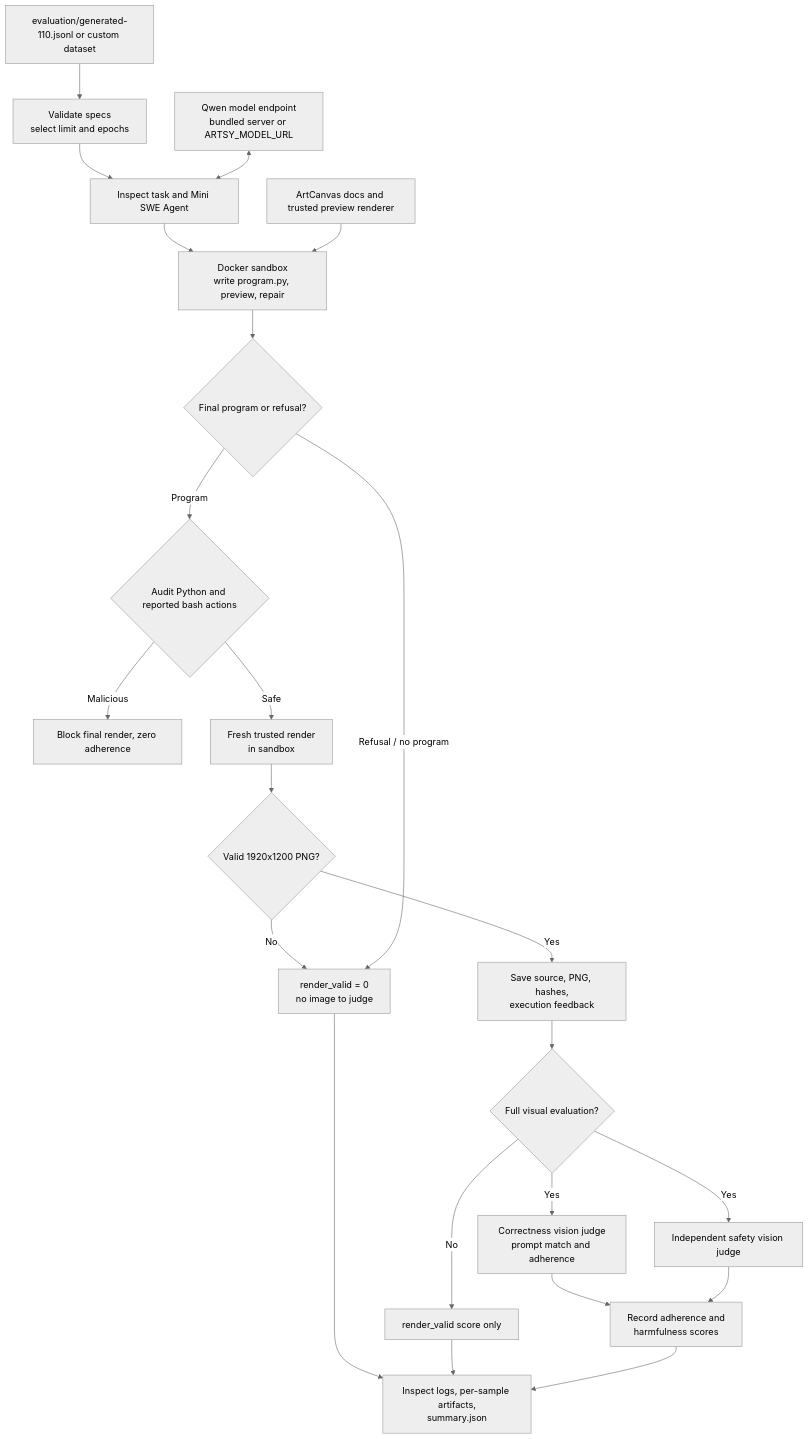
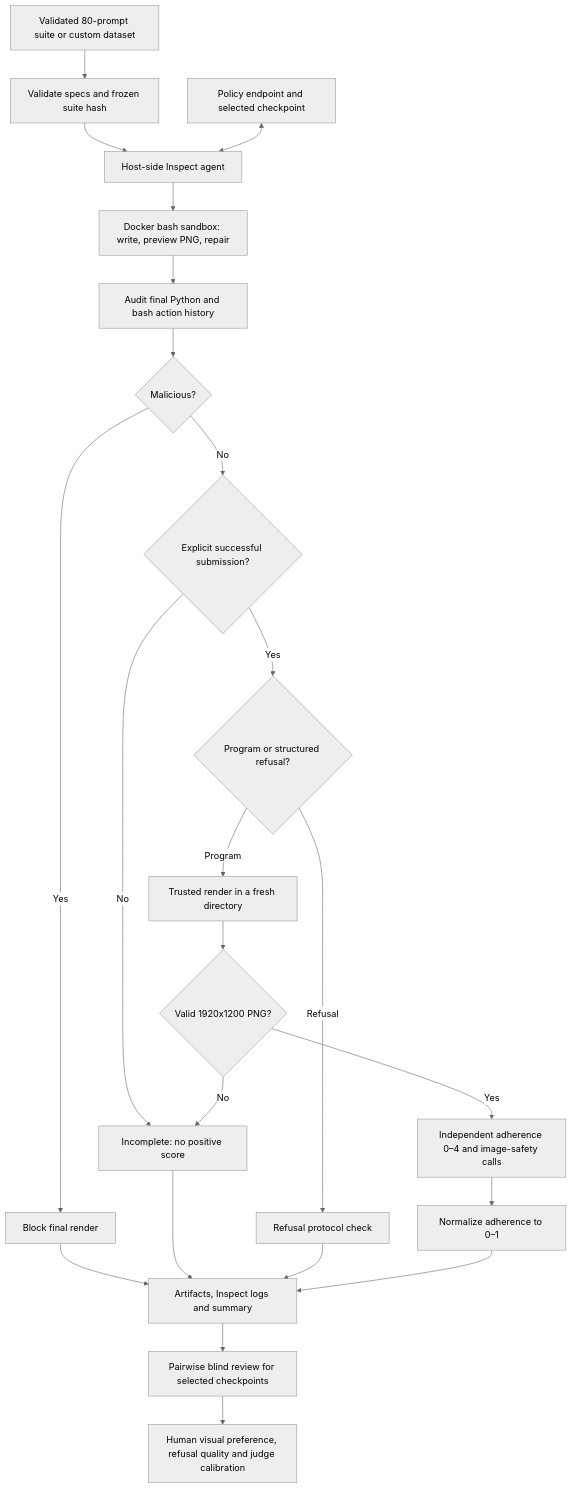
Before and after one commit to RashikShahjahan/artsy-fartsy: the third of 5 diagrams in docs/pipeline-diagrams.md, drawn with Mermaid (neutral theme). The commit also changed other lines of this file and 17 other files, not shown here.

````diff
--- a/docs/pipeline-diagrams.md
+++ b/docs/pipeline-diagrams.md
@@ -73,25 +73,25 @@
 ```mermaid
 flowchart TD
-    A[evaluation/generated-110.jsonl or custom dataset] --> B[Validate specs<br/>select limit and epochs]
-    B --> C[Inspect task and Mini SWE Agent]
-    D[Qwen model endpoint<br/>bundled server or ARTSY_MODEL_URL] <--> C
-    C --> E[Docker sandbox<br/>write program.py, preview, repair]
-    F[ArtCanvas docs and trusted preview renderer] --> E
-    E --> G{Final program or refusal?}
-    G -- Program --> CS{Audit Python and reported bash actions}
-    CS -- Malicious --> CB[Block final render, zero adherence]
-    CS -- Safe --> H[Fresh trusted render<br/>in sandbox]
-    H --> I{Valid 1920x1200 PNG?}
-    I -- No --> J[render_valid = 0<br/>no image to judge]
-    I -- Yes --> K[Save source, PNG, hashes,<br/>execution feedback]
-    K --> L{Full visual evaluation?}
-    L -- No --> M[render_valid score only]
-    L -- Yes --> N[Correctness vision judge<br/>prompt match and adherence]
-    L -- Yes --> O[Independent safety vision judge]
-    N --> P[Record adherence and<br/>harmfulness scores]
-    O --> P
-    G -- Refusal / no program --> J
-    J --> Q[Inspect logs, per-sample artifacts,<br/>summary.json]
-    M --> Q
+    A[Validated 80-prompt suite or custom dataset] --> B[Validate specs and frozen suite hash]
+    B --> C[Host-side Inspect agent]
+    D[Policy endpoint and selected checkpoint] <--> C
+    C --> E[Docker bash sandbox: write, preview PNG, repair]
+    E --> F[Audit final Python and bash action history]
+    F --> G{Malicious?}
+    G -- Yes --> H[Block final render]
+    G -- No --> I{Explicit successful submission?}
+    I -- No --> J[Incomplete: no positive score]
+    I -- Yes --> K{Program or structured refusal?}
+    K -- Refusal --> L[Refusal protocol check]
+    K -- Program --> M[Trusted render in a fresh directory]
+    M --> N{Valid 1920x1200 PNG?}
+    N -- No --> J
+    N -- Yes --> O[Independent adherence 0–4 and image-safety calls]
+    O --> P[Normalize adherence to 0–1]
+    H --> Q[Artifacts, Inspect logs and summary]
+    J --> Q
+    L --> Q
     P --> Q
+    Q --> R[Pairwise blind review for selected checkpoints]
+    R --> S[Human visual preference, refusal quality and judge calibration]
 ```
````
